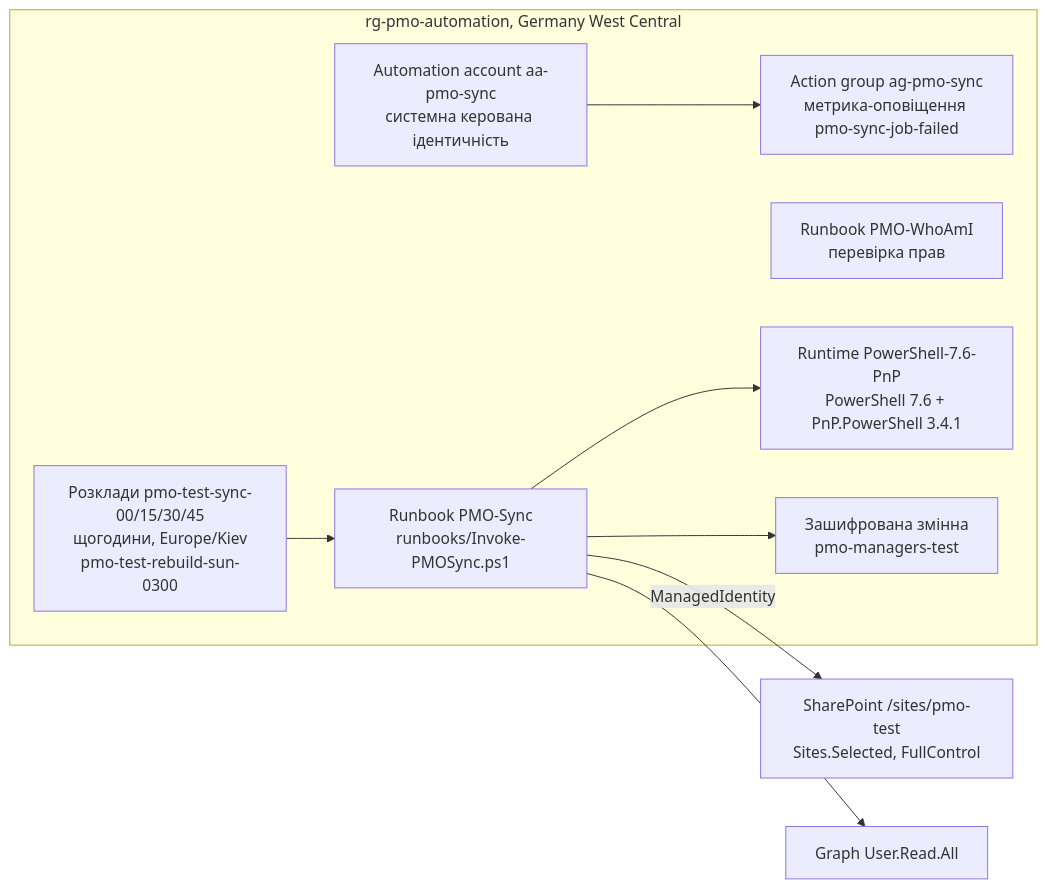
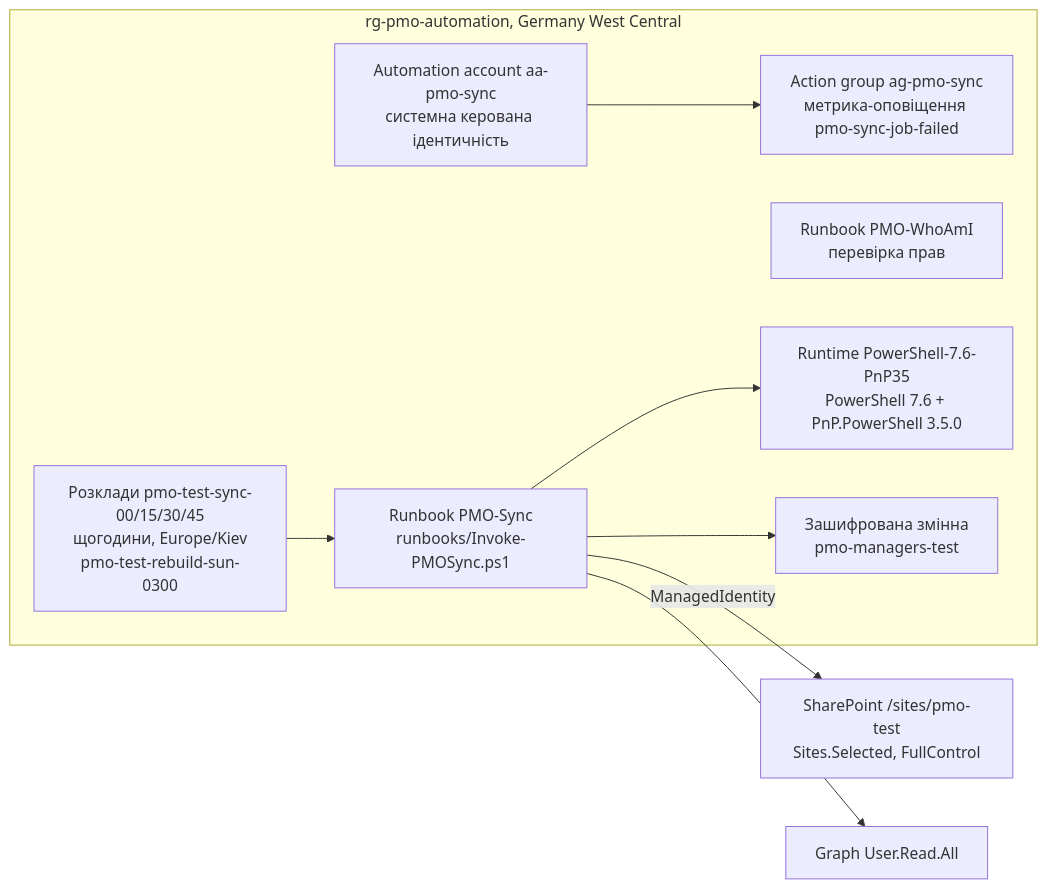
Before and after one commit to Acidsly/pmo-portal: diagram 14 of 15 in docs/ARCHITECTURE.md, drawn with Mermaid. The commit also changed other lines of this file and 9 other files, not shown here.

First line of the commit message:
Стек: версии в документации (SPFx 1.24.1, React 18.3.1, Node 26, PnP 3.5.0, среда PowerShell-7.6-PnP35)

````diff
--- a/docs/ARCHITECTURE.md
+++ b/docs/ARCHITECTURE.md
@@ -490,18 +490,18 @@
 ```mermaid
 flowchart LR
     subgraph RG["rg-pmo-automation, Germany West Central"]
         AA["Automation account aa-pmo-sync<br/>системна керована ідентичність"]
-        RT["Runtime PowerShell-7.6-PnP<br/>PowerShell 7.6 + PnP.PowerShell 3.4.1"]
+        RT["Runtime PowerShell-7.6-PnP35<br/>PowerShell 7.6 + PnP.PowerShell 3.5.0"]
         RB["Runbook PMO-Sync<br/>runbooks/Invoke-PMOSync.ps1"]
         WH["Runbook PMO-WhoAmI<br/>перевірка прав"]
         VAR["Зашифрована змінна<br/>pmo-managers-test"]
         SCH["Розклади pmo-test-sync-00/15/30/45<br/>щогодини, Europe/Kiev<br/>pmo-test-rebuild-sun-0300"]
         AG["Action group ag-pmo-sync<br/>метрика-оповіщення pmo-sync-job-failed"]
     end
     SCH --> RB
     RB --> RT
     RB --> VAR
     AA --> AG
     RB -- "ManagedIdentity" --> SPO["SharePoint /sites/pmo-test<br/>Sites.Selected, FullControl"]
     RB --> G["Graph User.Read.All"]
 ```
````
